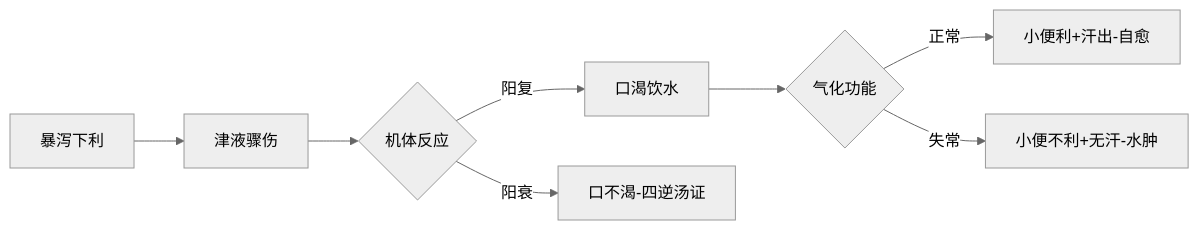
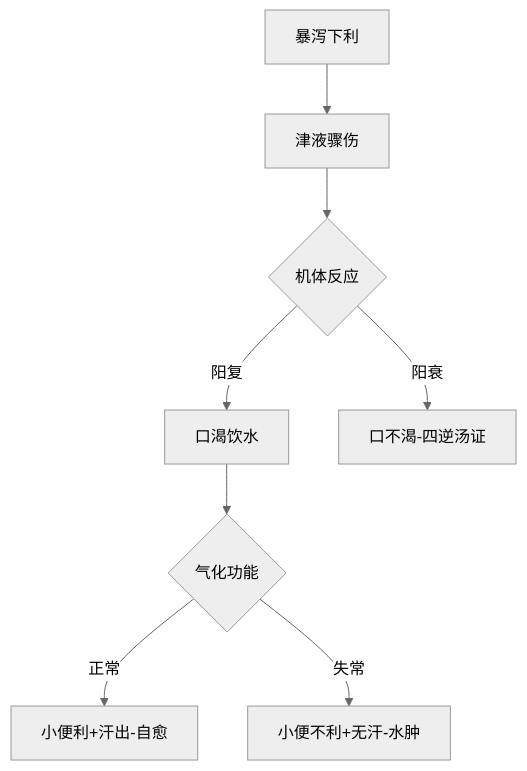
The third of 4 diagrams in posts/jingui-14/index.md (acuherb/acuherb.github.io), drawn with Mermaid (neutral theme) before and after one commit. The commit also changed 266 other files, not shown here.

````diff
--- a/posts/jingui-14/index.md
+++ b/posts/jingui-14/index.md
@@ -622,10 +622,10 @@
 ```mermaid  
-flowchart LR  
+flowchart TD  
     A[暴泻下利] --> B[津液骤伤]  
     B --> C{机体反应}  
     C -->|阳复| D[口渴饮水]  
     C -->|阳衰| E[口不渴-四逆汤证]  
     D --> F{气化功能}  
     F -->|正常| G[小便利+汗出-自愈]  
     F -->|失常| H[小便不利+无汗-水肿]  
 ```  
````
